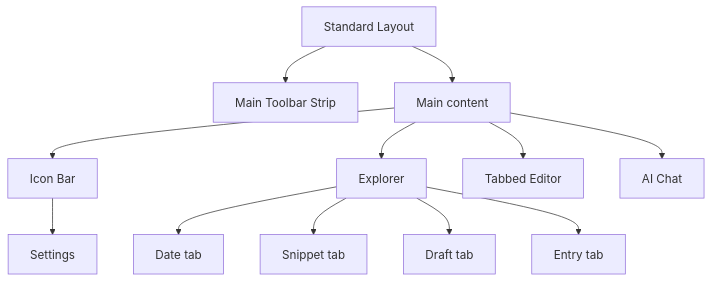
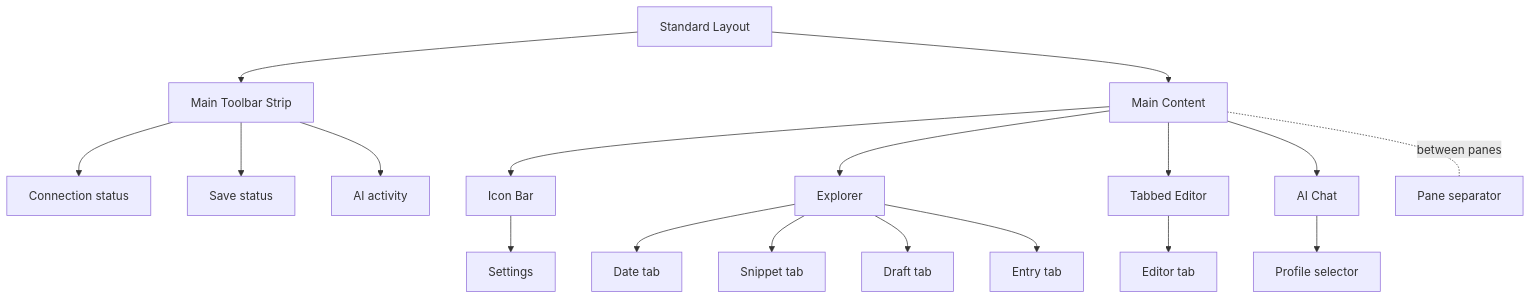
One commit to pastry-personal5/narihitos-diary-gui changed the diagram in docs/ux-information-architecture.md. Above: the diagram before and after it, drawn with Mermaid. The commit also changed other lines of this file and 2 other files, not shown here.

Commit message:
docs: align UX terms, GUI and information architecture vocabulary

````diff
--- a/docs/ux-information-architecture.md
+++ b/docs/ux-information-architecture.md
@@ -7,14 +7,20 @@
 ```mermaid
 flowchart TB
   W[Standard Layout] --> T[Main Toolbar Strip]
-  W --> B[Main content]
+  T --> CS[Connection status]
+  T --> SS[Save status]
+  T --> AI[AI activity]
+  W --> B[Main Content]
   B --> I[Icon Bar]
   B --> E[Explorer]
   B --> C[Tabbed Editor]
   B --> A[AI Chat]
+  C --> ET[Editor tab]
+  A --> PS[Profile selector]
+  B -. between panes .- SP[Pane separator]
   I --> S[Settings]
   E --> D[Date tab]
   E --> N[Snippet tab]
   E --> F[Draft tab]
   E --> R[Entry tab]
 ```
````
